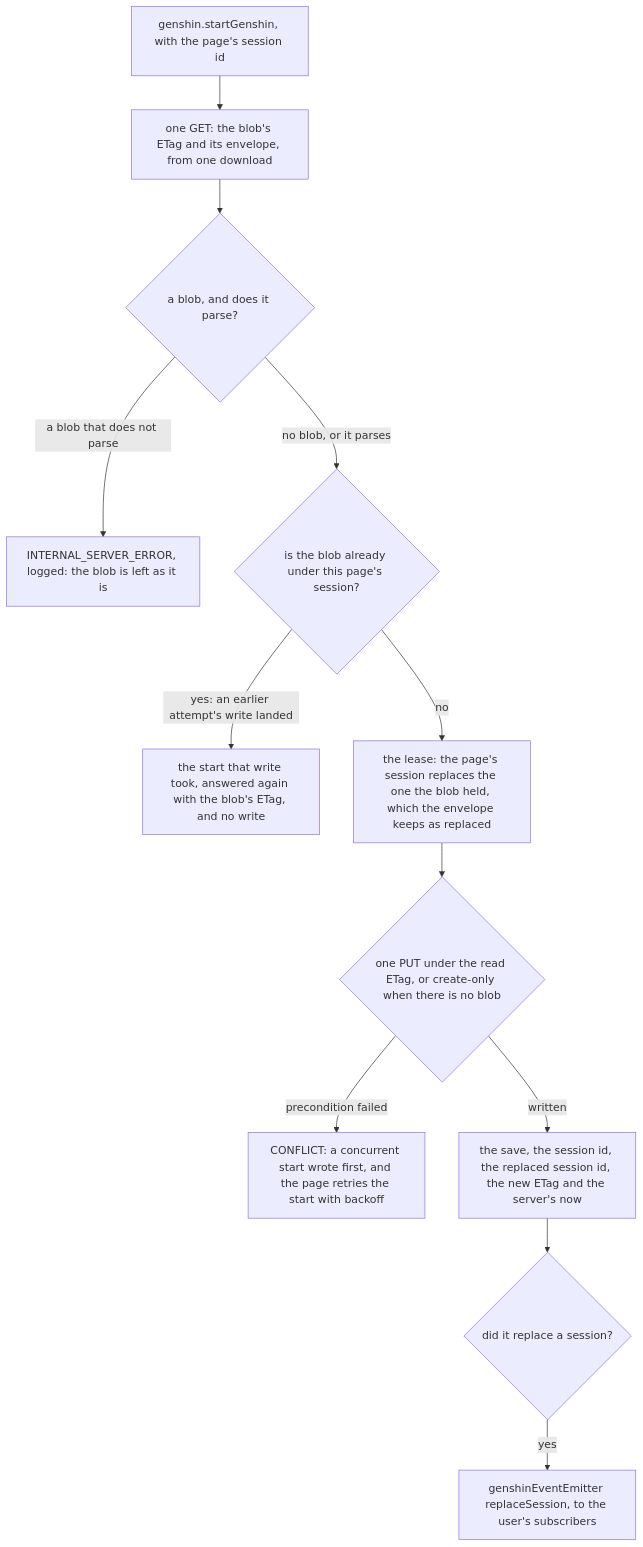
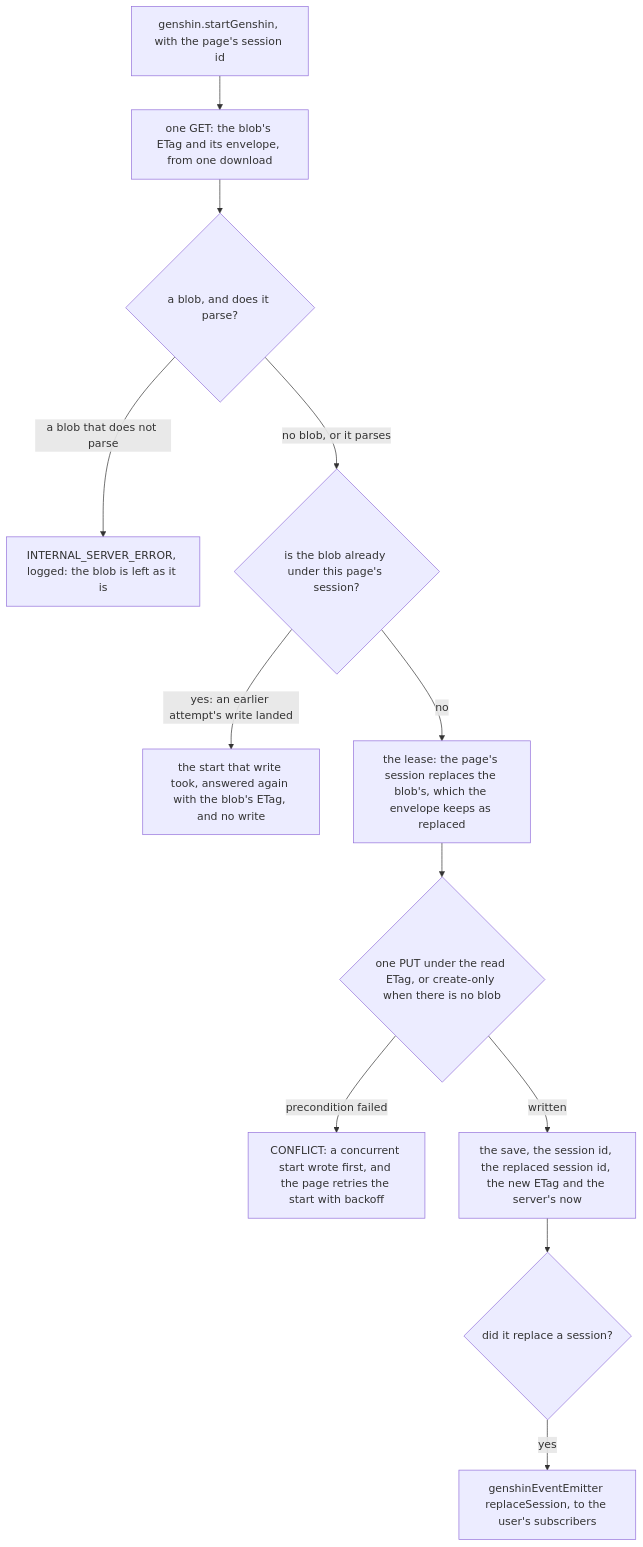
Before and after one commit to Esposter/Esposter: the first of 4 diagrams in apps/web/content/docs/genshin/save-data.md, drawn with Mermaid. The commit also changed other lines of this file and 13 other files, not shown here.

````diff
--- a/apps/web/content/docs/genshin/save-data.md
+++ b/apps/web/content/docs/genshin/save-data.md
@@ -38,14 +38,14 @@
 ```mermaid
 flowchart TD
   S["genshin.startGenshin, with the page's session id"] --> R["one GET: the blob's ETag and its envelope, from one download"]
   R --> P{"a blob, and does it parse?"}
   P -->|"a blob that does not parse"| X0["INTERNAL_SERVER_ERROR, logged: the blob is left as it is"]
   P -->|"no blob, or it parses"| Q{"is the blob already under this page's session?"}
   Q -->|"yes: an earlier attempt's write landed"| A["the start that write took, answered again with the blob's ETag, and no write"]
-  Q -->|"no"| L["the lease: the page's session replaces the one the blob held, which the envelope keeps as replaced"]
+  Q -->|"no"| L["the lease: the page's session replaces the blob's, which the envelope keeps as replaced"]
   L --> W{"one PUT under the read ETag, or create-only when there is no blob"}
   W -->|"precondition failed"| X["CONFLICT: a concurrent start wrote first, and the page retries the start with backoff"]
   W -->|"written"| O["the save, the session id, the replaced session id, the new ETag and the server's now"]
   O --> E{"did it replace a session?"}
   E -->|"yes"| N["genshinEventEmitter replaceSession, to the user's subscribers"]
 ```
````
